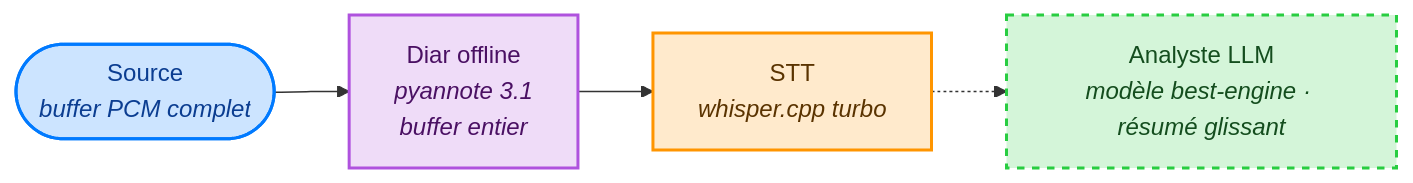
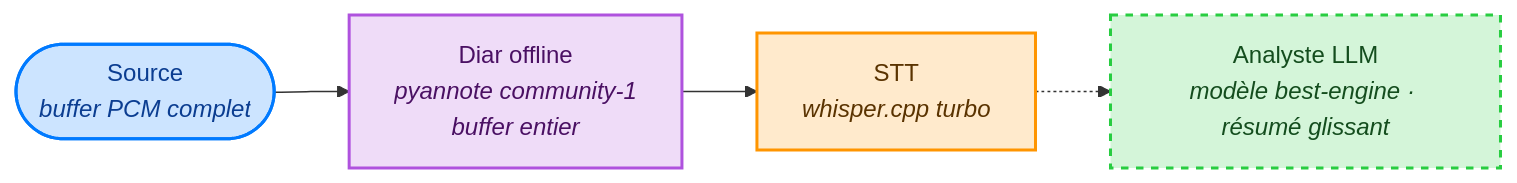
Before and after one commit to warith-harchaoui/vocal-helper: the second of 2 diagrams in LISEZMOI.md, drawn with Mermaid. The commit also changed other lines of this file and 5 other files, not shown here.

````diff
--- a/LISEZMOI.md
+++ b/LISEZMOI.md
@@ -60,12 +65,12 @@
 ```mermaid
 flowchart LR
     S([Source<br/><i>buffer PCM complet</i>]):::source
-      --> D[Diar offline<br/><i>pyannote 3.1<br/>buffer entier</i>]:::diar
+      --> D[Diar offline<br/><i>pyannote community-1<br/>buffer entier</i>]:::diar
       --> A[STT<br/><i>whisper.cpp turbo</i>]:::asr
       -.-> L[Analyste LLM<br/><i>modèle best-engine · résumé glissant</i>]:::llm
 
     classDef source fill:#CCE4FF,stroke:#007AFF,stroke-width:2px,color:#0b3d91
     classDef diar   fill:#EFDCF8,stroke:#AF52DE,stroke-width:2px,color:#4a1063
     classDef asr    fill:#FFEACC,stroke:#FF9500,stroke-width:2px,color:#5a3300
     classDef llm    fill:#D4F5D9,stroke:#28CD41,stroke-width:2px,color:#144d1e,stroke-dasharray: 5 5
 ```
````
